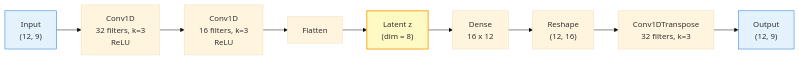
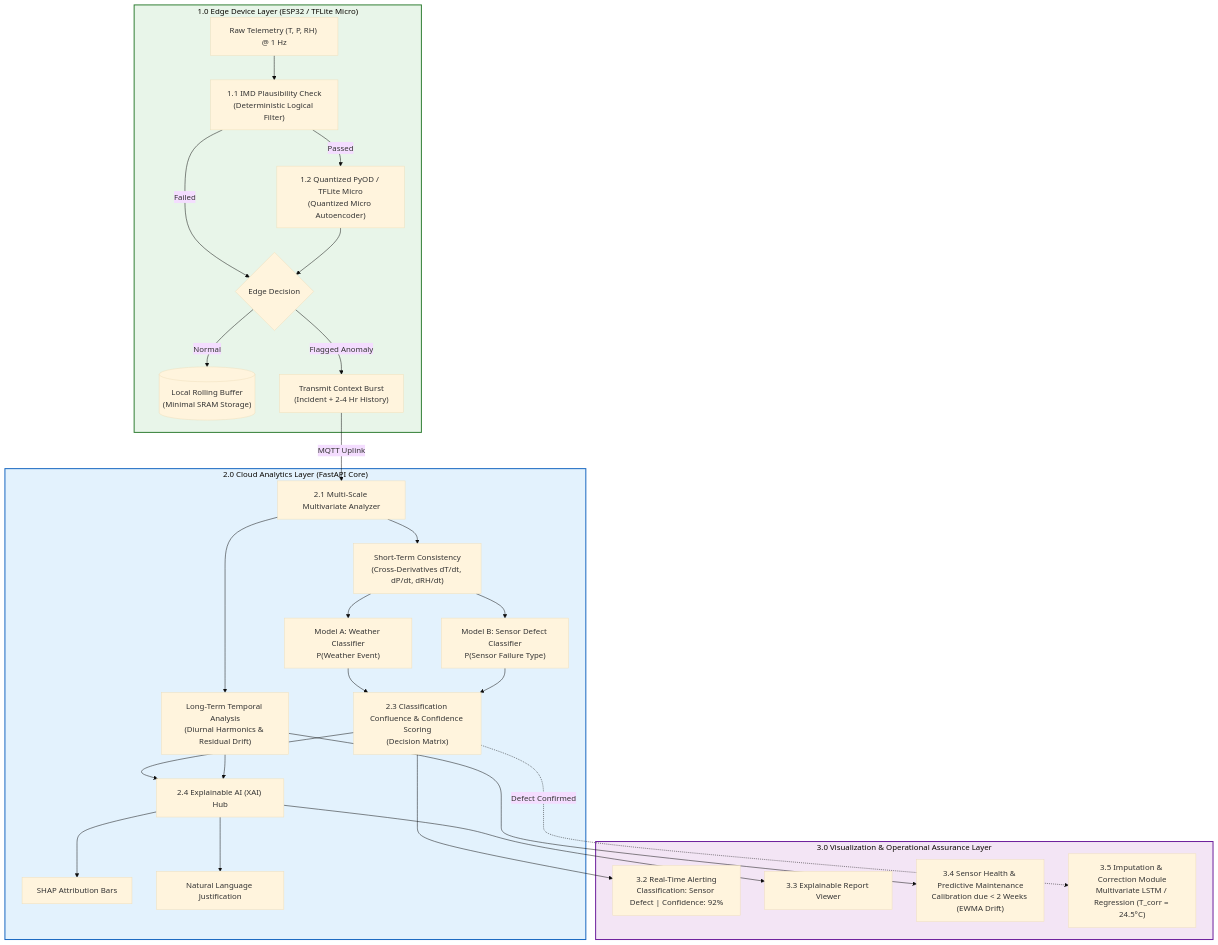
One commit to HST04/SkyGuard_SIH changed the diagram in ML Strat.md. Above: the diagram before and after it, drawn with Mermaid (base theme). The commit also changed other lines of this file and 5 other files, not shown here.

````diff
--- a/ML Strat.md
+++ b/ML Strat.md
@@ -239,15 +44,39 @@
 ```mermaid
-graph LR
-    IN["Input<br/>(12, 9)"] --> C1["Conv1D<br/>32 filters, k=3<br/>ReLU"]
-    C1 --> C2["Conv1D<br/>16 filters, k=3<br/>ReLU"]
-    C2 --> FL["Flatten"]
-    FL --> Z["Latent z<br/>(dim = 8)"]
-    Z --> D1["Dense<br/>16 x 12"]
-    D1 --> R1["Reshape<br/>(12, 16)"]
-    R1 --> DC1["Conv1DTranspose<br/>32 filters, k=3"]
-    DC1 --> OUT["Output<br/>(12, 9)"]
+flowchart TD
+    subgraph EDGE["1.0 Edge Device Layer (ESP32 / TFLite Micro)"]
+        RAW["Raw Telemetry (T, P, RH) @ 1 Hz"] --> R11["1.1 IMD Plausibility Check<br/>(Deterministic Logical Filter)"]
+        R11 -->|Passed| Q12["1.2 Quantized PyOD / TFLite Micro<br/>(Quantized Micro Autoencoder)"]
+        R11 -->|Failed| DEC13{"Edge Decision"}
+        Q12 --> DEC13
+        DEC13 -->|Normal| BUF13[("Local Rolling Buffer<br/>(Minimal SRAM Storage)")]
+        DEC13 -->|Flagged Anomaly| TX13["Transmit Context Burst<br/>(Incident + 2-4 Hr History)"]
+    end
 
-    style Z fill:#fff9c4,stroke:#f9a825,stroke-width:2px
-    style IN fill:#e3f2fd,stroke:#1976d2
-    style OUT fill:#e3f2fd,stroke:#1976d2
+    subgraph CLOUD["2.0 Cloud Analytics Layer (FastAPI Core)"]
+        TX13 -->|MQTT Uplink| MSA21["2.1 Multi-Scale Multivariate Analyzer"]
+        MSA21 --> ST21["Short-Term Consistency<br/>(Cross-Derivatives dT/dt, dP/dt, dRH/dt)"]
+        MSA21 --> LT21["Long-Term Temporal Analysis<br/>(Diurnal Harmonics & Residual Drift)"]
+
+        ST21 --> MODA["Model A: Weather Classifier<br/>P(Weather Event)"]
+        ST21 --> MODB["Model B: Sensor Defect Classifier<br/>P(Sensor Failure Type)"]
+
+        MODA --> CONF23["2.3 Classification Confluence & Confidence Scoring<br/>(Decision Matrix)"]
+        MODB --> CONF23
+
+        CONF23 --> XAI24["2.4 Explainable AI (XAI) Hub"]
+        LT21 --> XAI24
+        XAI24 --> SHAP["SHAP Attribution Bars"]
+        XAI24 --> TEXT["Natural Language Justification"]
+    end
+
+    subgraph DASHBOARD["3.0 Visualization & Operational Assurance Layer"]
+        CONF23 --> ALERT32["3.2 Real-Time Alerting<br/>Classification: Sensor Defect | Confidence: 92%"]
+        XAI24 --> REP33["3.3 Explainable Report Viewer"]
+        LT21 --> PRED34["3.4 Sensor Health & Predictive Maintenance<br/>Calibration due < 2 Weeks (EWMA Drift)"]
+        CONF23 -.->|Defect Confirmed| IMP35["3.5 Imputation & Correction Module<br/>Multivariate LSTM / Regression (T_corr = 24.5°C)"]
+    end
+
+    style EDGE fill:#e8f5e9,stroke:#2e7d32,stroke-width:2px
+    style CLOUD fill:#e3f2fd,stroke:#1565c0,stroke-width:2px
+    style DASHBOARD fill:#f3e5f5,stroke:#6a1b9a,stroke-width:2px
 ```
````
